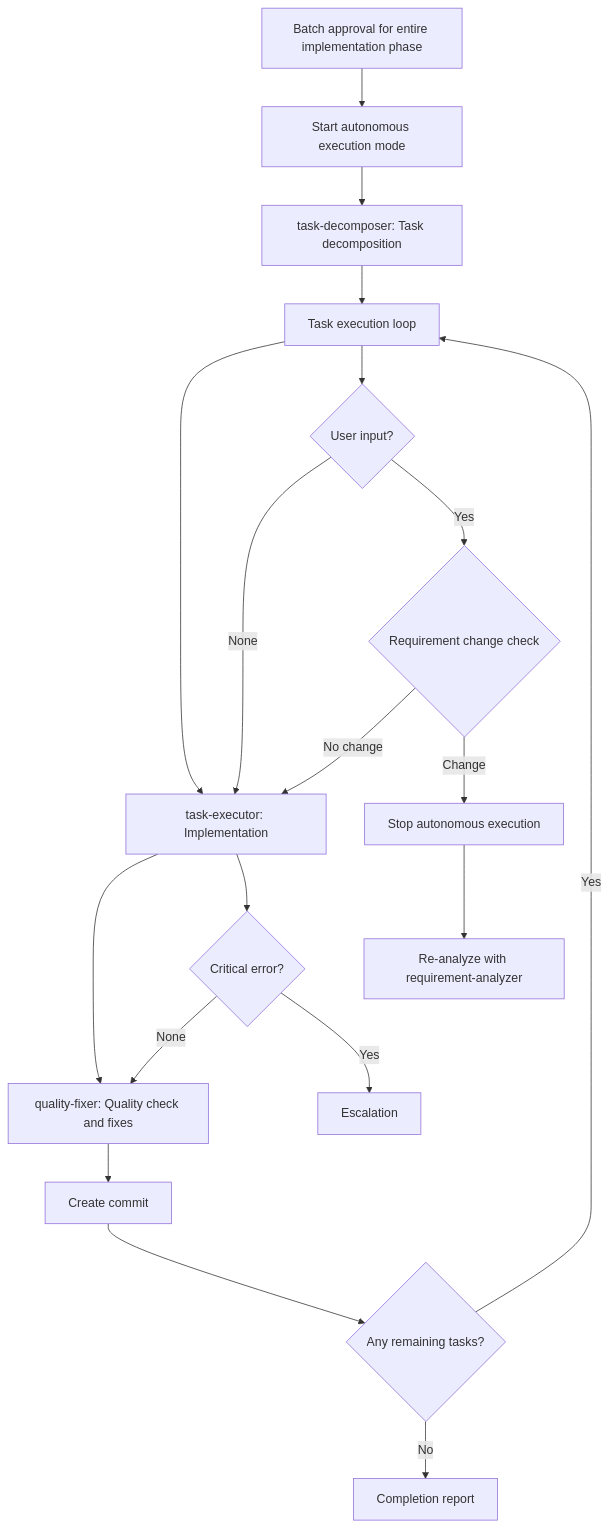
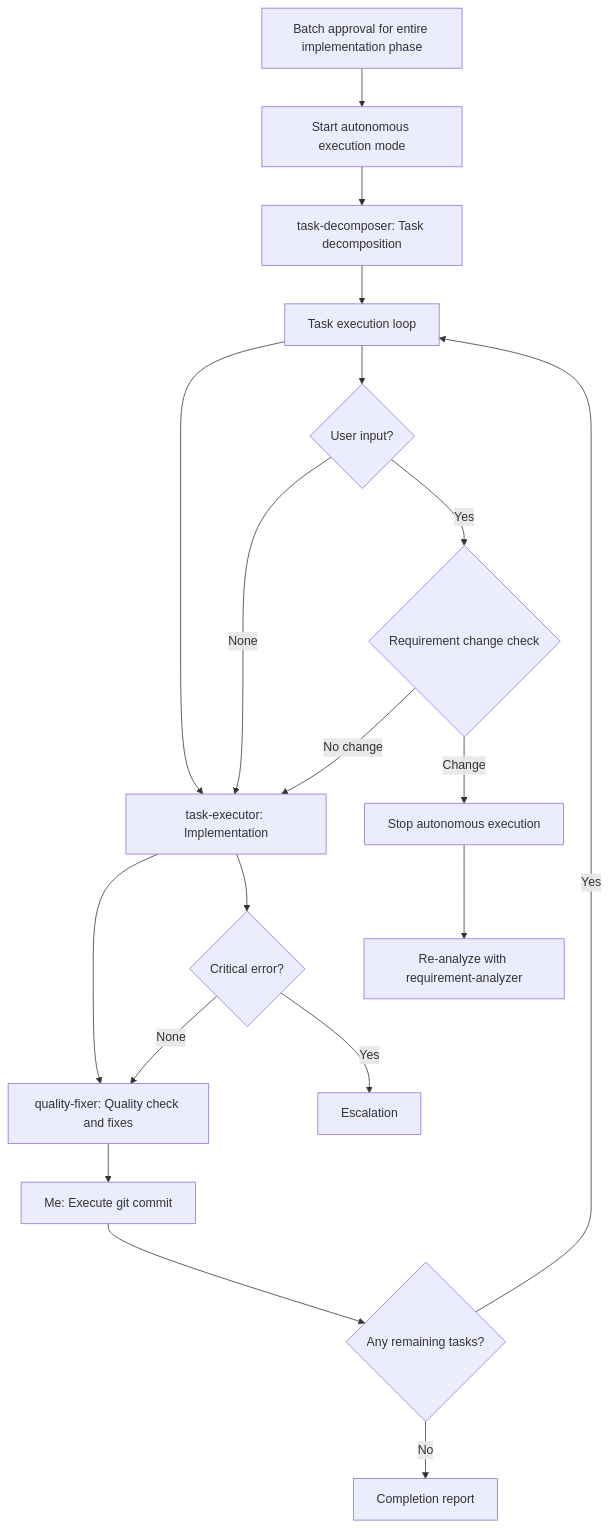
One commit to shinpr/ai-coding-project-boilerplate changed the second of 2 diagrams in docs/guides/en/sub-agents.md. Above: the diagram before and after it, drawn with Mermaid. The commit also changed other lines of this file, not shown here.

First line of the commit message:
fix: Clarify orchestrator's commit execution responsibility in English version

````diff
--- a/docs/guides/en/sub-agents.md
+++ b/docs/guides/en/sub-agents.md
@@ -207,23 +207,23 @@
 ```mermaid
 graph TD
     START[Batch approval for entire implementation phase] --> AUTO[Start autonomous execution mode]
     AUTO --> TD[task-decomposer: Task decomposition]
     TD --> LOOP[Task execution loop]
     LOOP --> TE[task-executor: Implementation]
     TE --> QF[quality-fixer: Quality check and fixes]
-    QF --> COMMIT[Create commit]
+    QF --> COMMIT[Me: Execute git commit]
     COMMIT --> CHECK{Any remaining tasks?}
     CHECK -->|Yes| LOOP
     CHECK -->|No| REPORT[Completion report]
     
     LOOP --> INTERRUPT{User input?}
     INTERRUPT -->|None| TE
     INTERRUPT -->|Yes| REQCHECK{Requirement change check}
     REQCHECK -->|No change| TE
     REQCHECK -->|Change| STOP[Stop autonomous execution]
     STOP --> RA[Re-analyze with requirement-analyzer]
     
     TE --> ERROR{Critical error?}
     ERROR -->|None| QF
     ERROR -->|Yes| ESC[Escalation]
 ```
````
